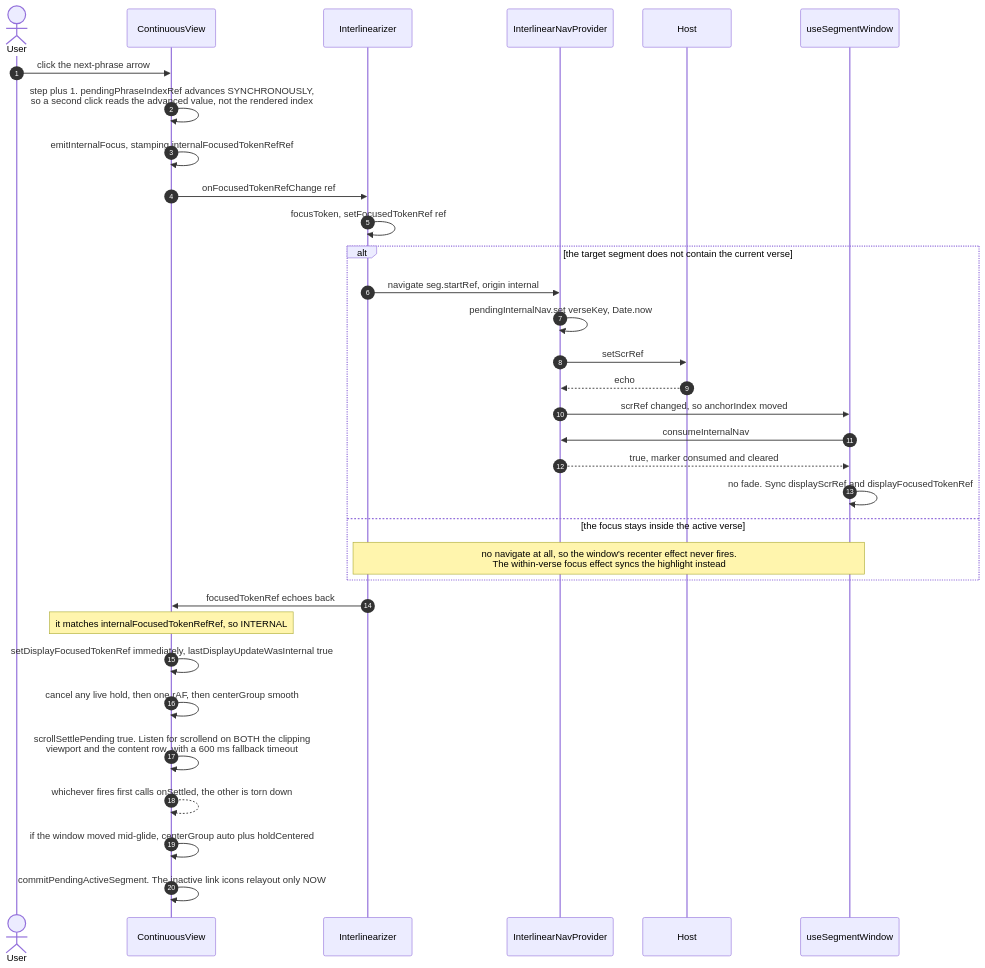
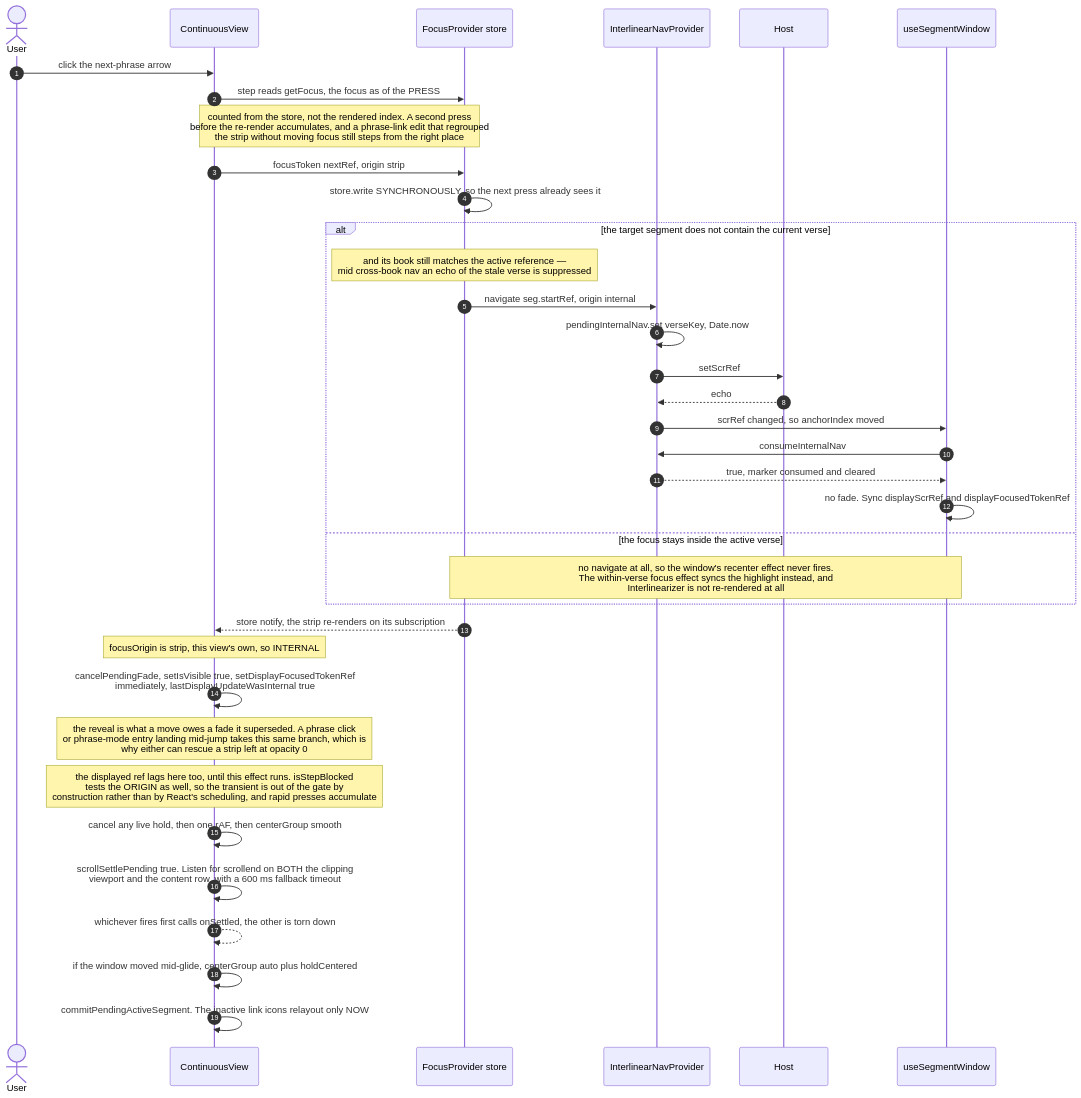
Before and after one commit to sillsdev/interlinearizer-extension: the third of 6 diagrams in docs/navigation/04-scenarios.md, drawn with Mermaid. The commit also changed other lines of this file and 3 other files, not shown here.

````diff
--- a/docs/navigation/04-scenarios.md
+++ b/docs/navigation/04-scenarios.md
@@ -103,38 +134,41 @@
 ```mermaid
 sequenceDiagram
     autonumber
     actor U as User
     participant S as ContinuousView
-    participant I as Interlinearizer
+    participant F as FocusProvider store
     participant N as InterlinearNavProvider
     participant H as Host
     participant W as useSegmentWindow
 
     U->>S: click the next-phrase arrow
-    S->>S: step plus 1. pendingPhraseIndexRef advances SYNCHRONOUSLY,<br/>so a second click reads the advanced value, not the rendered index
-    S->>S: emitInternalFocus, stamping internalFocusedTokenRefRef
-    S->>I: onFocusedTokenRefChange ref
-    I->>I: focusToken, setFocusedTokenRef ref
+    S->>F: step reads getFocus, the focus as of the PRESS
+    Note over S,F: counted from the store, not the rendered index. A second press<br/>before the re-render accumulates, and a phrase-link edit that regrouped<br/>the strip without moving focus still steps from the right place
+    S->>F: focusToken nextRef, origin strip
+    F->>F: store.write SYNCHRONOUSLY, so the next press already sees it
 
     alt the target segment does not contain the current verse
-        I->>N: navigate seg.startRef, origin internal
+        Note over F: and its book still matches the active reference —<br/>mid cross-book nav an echo of the stale verse is suppressed
+        F->>N: navigate seg.startRef, origin internal
         N->>N: pendingInternalNav.set verseKey, Date.now
         N->>H: setScrRef
         H-->>N: echo
         N->>W: scrRef changed, so anchorIndex moved
         W->>N: consumeInternalNav
         N-->>W: true, marker consumed and cleared
         W->>W: no fade. Sync displayScrRef and displayFocusedTokenRef
     else the focus stays inside the active verse
-        Note over I,W: no navigate at all, so the window's recenter effect never fires.<br/>The within-verse focus effect syncs the highlight instead
+        Note over F,W: no navigate at all, so the window's recenter effect never fires.<br/>The within-verse focus effect syncs the highlight instead, and<br/>Interlinearizer is not re-rendered at all
     end
 
-    I->>S: focusedTokenRef echoes back
-    Note over S: it matches internalFocusedTokenRefRef, so INTERNAL
-    S->>S: setDisplayFocusedTokenRef immediately, lastDisplayUpdateWasInternal true
+    F-->>S: store notify, the strip re-renders on its subscription
+    Note over S: focusOrigin is strip, this view's own, so INTERNAL
+    S->>S: cancelPendingFade, setIsVisible true, setDisplayFocusedTokenRef<br/>immediately, lastDisplayUpdateWasInternal true
+    Note over S: the reveal is what a move owes a fade it superseded. A phrase click<br/>or phrase-mode entry landing mid-jump takes this same branch, which is<br/>why either can rescue a strip left at opacity 0
+    Note over S: the displayed ref lags here too, until this effect runs. isStepBlocked<br/>tests the ORIGIN as well, so the transient is out of the gate by<br/>construction rather than by React's scheduling, and rapid presses accumulate
     S->>S: cancel any live hold, then one rAF, then centerGroup smooth
     S->>S: scrollSettlePending true. Listen for scrollend on BOTH the clipping<br/>viewport and the content row, with a 600 ms fallback timeout
     S-->>S: whichever fires first calls onSettled, the other is torn down
     S->>S: if the window moved mid-glide, centerGroup auto plus holdCentered
     S->>S: commitPendingActiveSegment. The inactive link icons relayout only NOW
 ```
````
